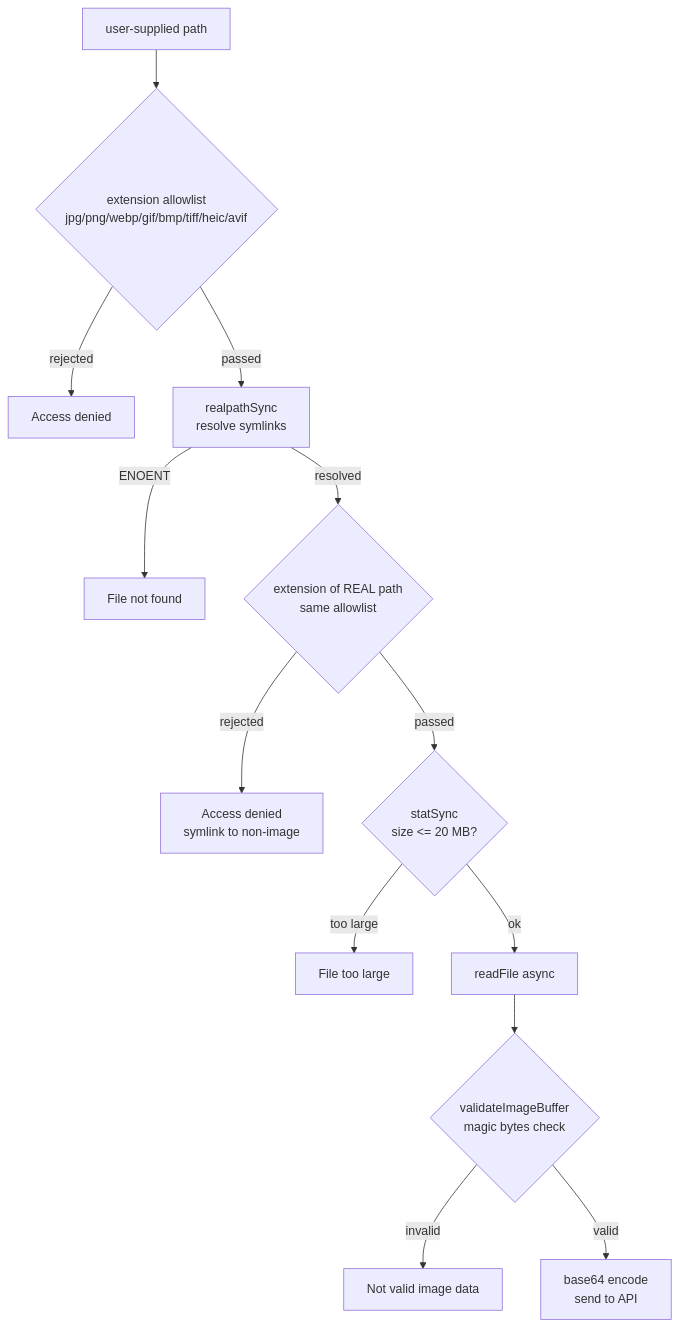
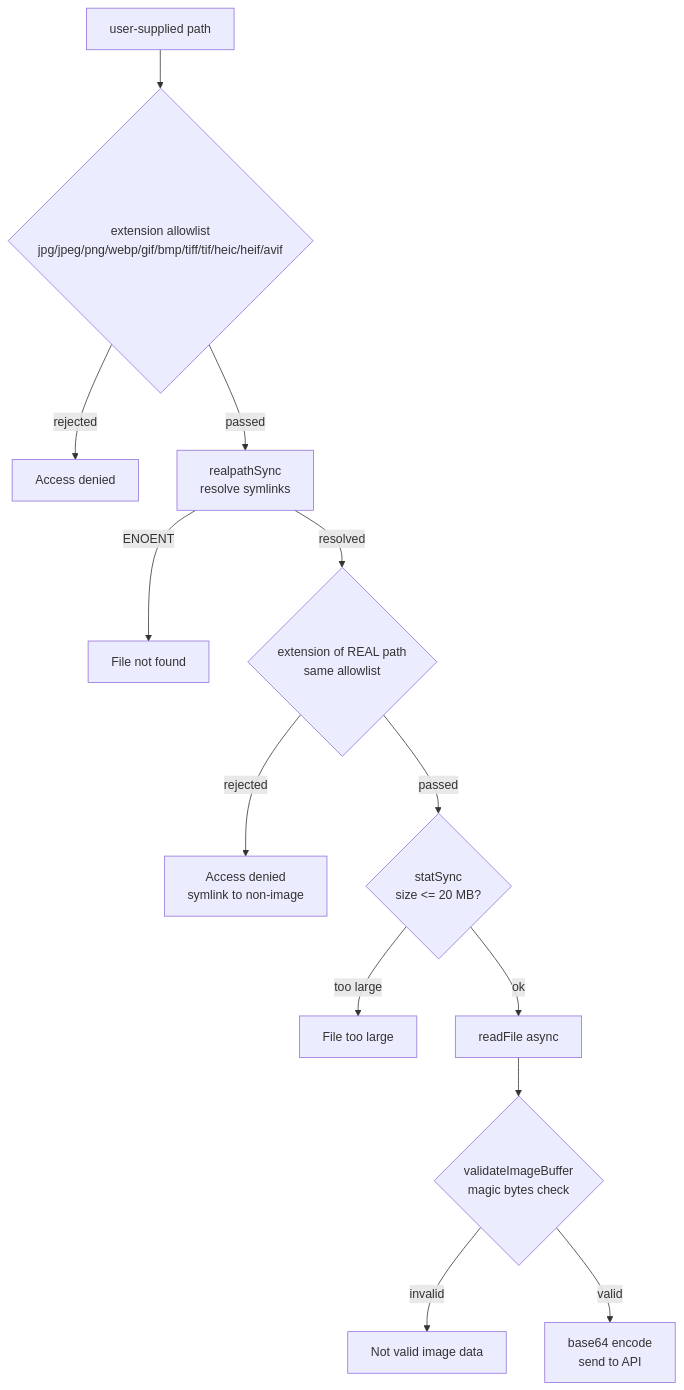
Before and after one commit to OhJayGee/nanobanana2-mcpb: the eighth of 10 diagrams in ARCHITECTURE.md, drawn with Mermaid. The commit also changed other lines of this file and 5 other files, not shown here.

````diff
--- a/ARCHITECTURE.md
+++ b/ARCHITECTURE.md
@@ -222,15 +224,15 @@
 ```mermaid
 flowchart TD
-    A[user-supplied path] --> B{extension allowlist<br/>jpg/png/webp/gif/bmp/tiff/heic/avif}
+    A[user-supplied path] --> B{extension allowlist<br/>jpg/jpeg/png/webp/gif/bmp/tiff/tif/heic/heif/avif}
     B -->|rejected| X1[Access denied]
     B -->|passed| C[realpathSync<br/>resolve symlinks]
     C -->|ENOENT| X2[File not found]
     C -->|resolved| D{extension of REAL path<br/>same allowlist}
     D -->|rejected| X3[Access denied<br/>symlink to non-image]
     D -->|passed| E{statSync<br/>size <= 20 MB?}
     E -->|too large| X4[File too large]
     E -->|ok| F[readFile async]
     F --> G{validateImageBuffer<br/>magic bytes check}
     G -->|invalid| X5[Not valid image data]
     G -->|valid| H[base64 encode<br/>send to API]
 ```
````
